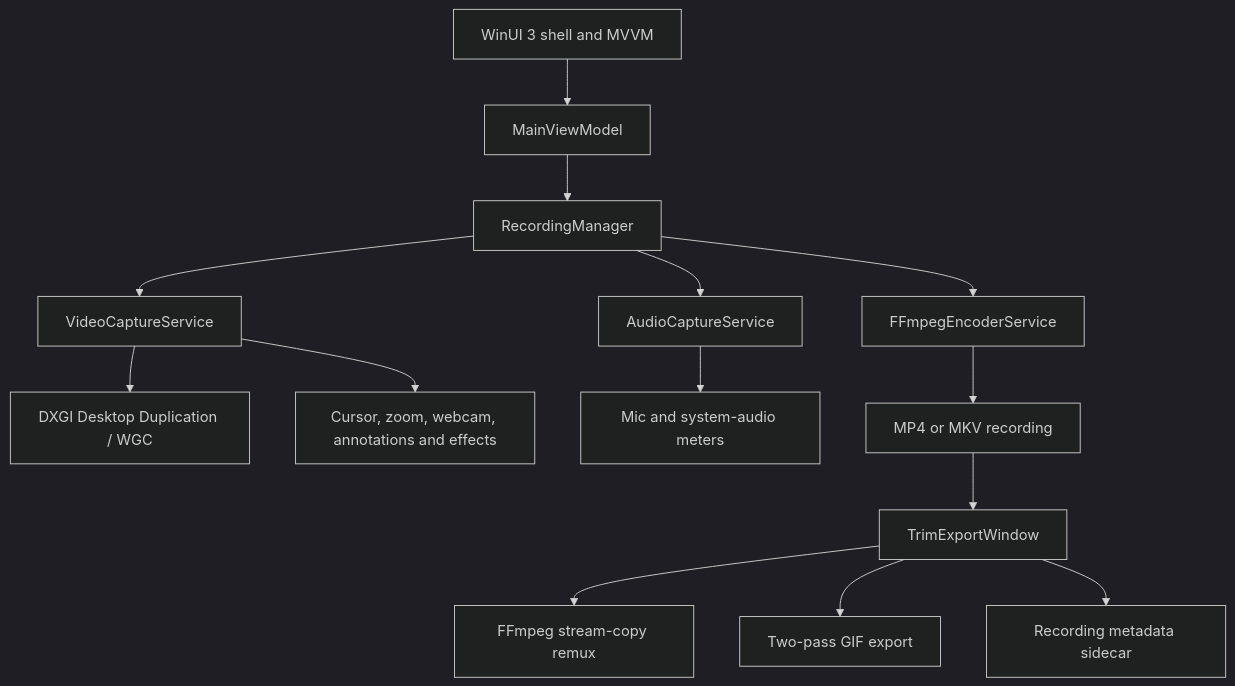
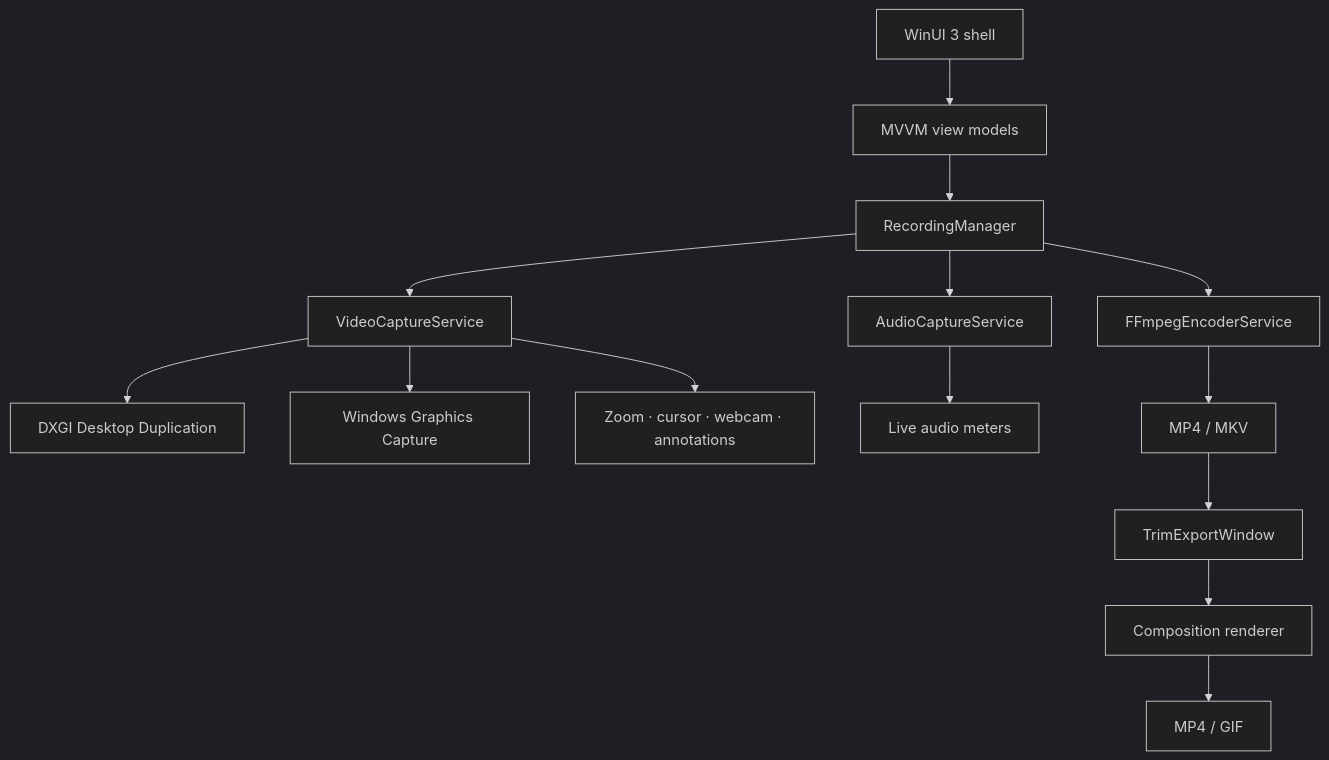
Before and after one commit to ChamathDilshanC/Cap-IT-Screen-Recorder: the third of 3 diagrams in README.md, drawn with Mermaid (dark theme). The commit also changed other lines of this file and 34 other files, not shown here.

````diff
--- a/README.md
+++ b/README.md
@@ -532,16 +226,16 @@
 ```mermaid
 flowchart TB
-    UI[WinUI 3 shell and MVVM] --> VM[MainViewModel]
-    VM --> RM[RecordingManager]
-    RM --> CAP[VideoCaptureService]
-    RM --> AUDIO[AudioCaptureService]
-    RM --> ENC[FFmpegEncoderService]
-    CAP --> GPU[DXGI Desktop Duplication / WGC]
-    CAP --> FX[Cursor, zoom, webcam, annotations and effects]
-    AUDIO --> METERS[Mic and system-audio meters]
-    ENC --> MP4[MP4 or MKV recording]
-    MP4 --> REVIEW[TrimExportWindow]
-    REVIEW --> REMUX[FFmpeg stream-copy remux]
-    REVIEW --> GIF[Two-pass GIF export]
-    REVIEW --> META[Recording metadata sidecar]
+    SHELL[WinUI 3 shell] --> VM[MVVM view models]
+    VM --> MANAGER[RecordingManager]
+    MANAGER --> CAPTURE[VideoCaptureService]
+    MANAGER --> AUDIO[AudioCaptureService]
+    MANAGER --> ENCODER[FFmpegEncoderService]
+    CAPTURE --> DXGI[DXGI Desktop Duplication]
+    CAPTURE --> WGC[Windows Graphics Capture]
+    CAPTURE --> EFFECTS[Zoom · cursor · webcam · annotations]
+    AUDIO --> METERS[Live audio meters]
+    ENCODER --> FILE[MP4 / MKV]
+    FILE --> REVIEW[TrimExportWindow]
+    REVIEW --> COMPOSITION[Composition renderer]
+    COMPOSITION --> EXPORT[MP4 / GIF]
 ```
````
